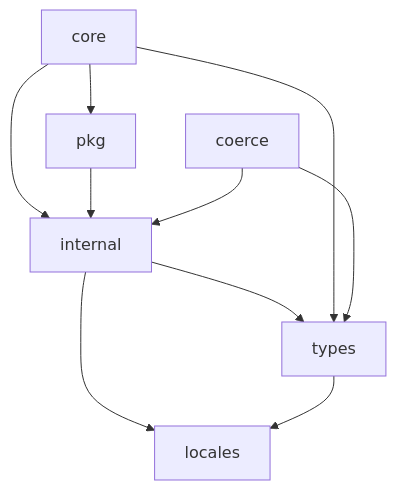
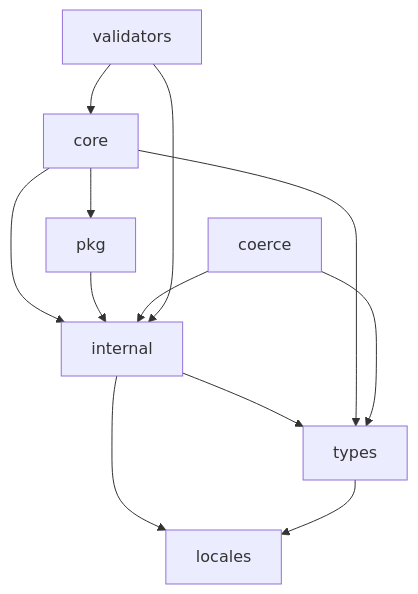
Before and after one commit to kaptinlin/gozod: the diagram in .cursor/rules/project-structure.mdc, drawn with Mermaid. The commit also changed other lines of this file and 10 other files, not shown here.

````diff
--- a/.cursor/rules/project-structure.mdc
+++ b/.cursor/rules/project-structure.mdc
@@ -40,12 +40,14 @@
 ```mermaid
 graph TD;
   core --> internal;
   core --> pkg;
   pkg  --> internal;
   internal --> types;
   core --> types;
   internal --> locales;
   types --> locales;
   coerce --> types;
   coerce --> internal;
+  validators --> core;
+  validators --> internal;
 ```
````
